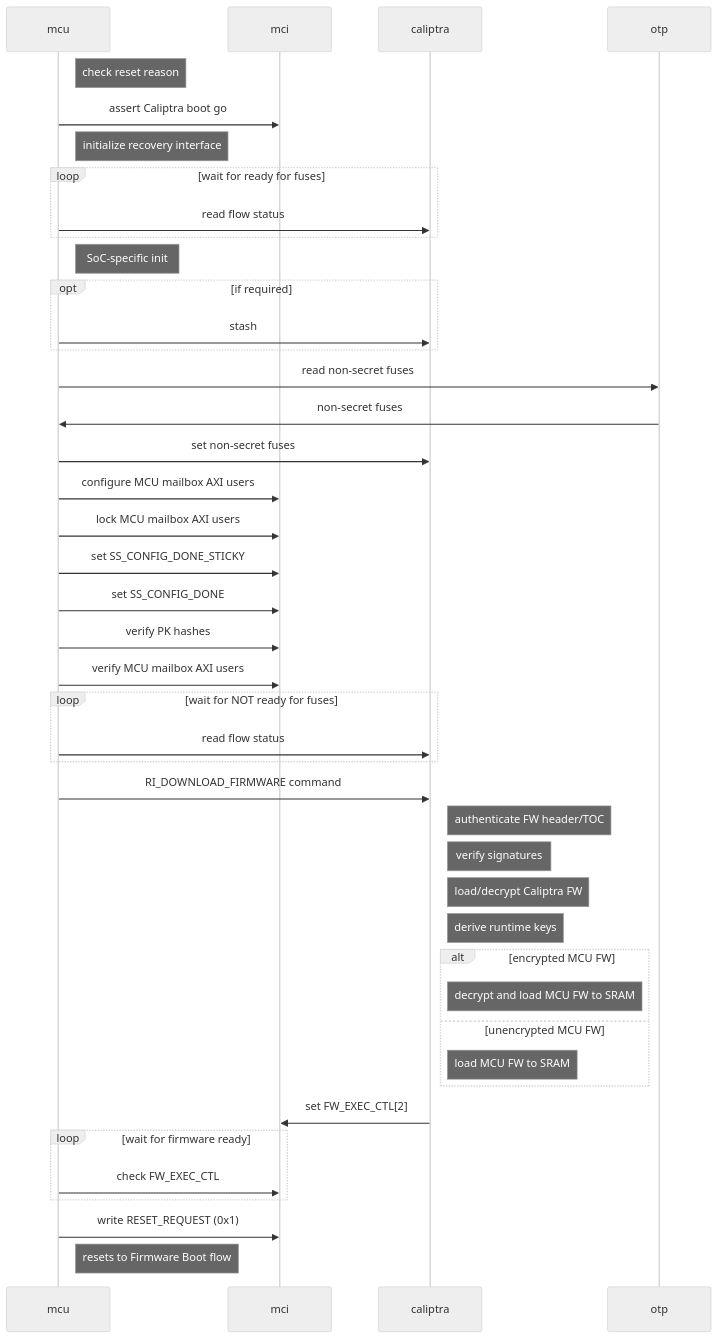
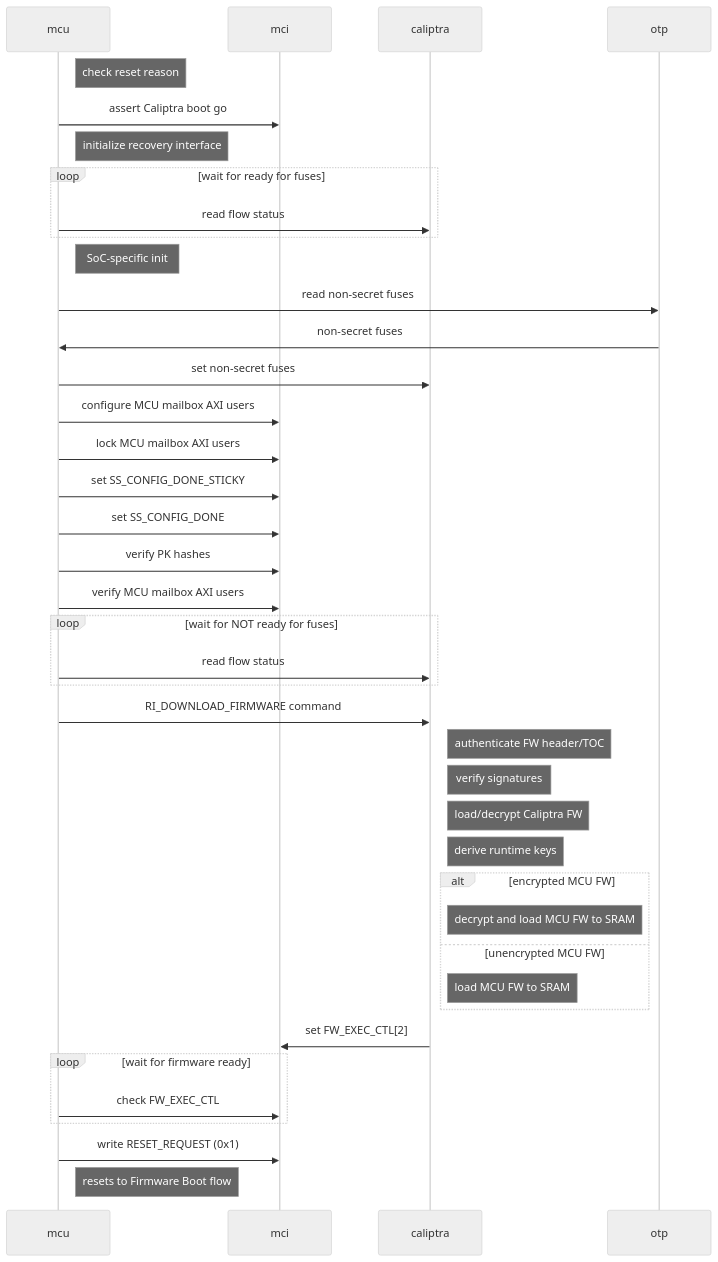
One commit to chipsalliance/caliptra-mcu-sw changed the first of 4 diagrams in docs/src/rom.md. Above: the diagram before and after it, drawn with Mermaid (neutral theme). The commit also changed other lines of this file, not shown here.

````diff
--- a/docs/src/rom.md
+++ b/docs/src/rom.md
@@ -77,41 +75,38 @@
 ```mermaid
 sequenceDiagram
     note right of mcu: check reset reason
     mcu->>mci: assert Caliptra boot go
     note right of mcu: initialize recovery interface
     loop wait for ready for fuses
     mcu->>caliptra: read flow status
     end
     note right of mcu: SoC-specific init
-    opt if required
-        mcu->>caliptra: stash
-    end
     mcu->>otp: read non-secret fuses
     otp->>mcu: non-secret fuses
     mcu->>caliptra: set non-secret fuses
     mcu->>mci: configure MCU mailbox AXI users
     mcu->>mci: lock MCU mailbox AXI users
     mcu->>mci: set SS_CONFIG_DONE_STICKY
     mcu->>mci: set SS_CONFIG_DONE
     mcu->>mci: verify PK hashes
     mcu->>mci: verify MCU mailbox AXI users
     loop wait for NOT ready for fuses
     mcu->>caliptra: read flow status
     end
     mcu->>caliptra: RI_DOWNLOAD_FIRMWARE command
     note right of caliptra: authenticate FW header/TOC
     note right of caliptra: verify signatures
     note right of caliptra: load/decrypt Caliptra FW
     note right of caliptra: derive runtime keys
     alt encrypted MCU FW
         note right of caliptra: decrypt and load MCU FW to SRAM
     else unencrypted MCU FW
         note right of caliptra: load MCU FW to SRAM
     end
     caliptra->>mci: set FW_EXEC_CTL[2]
     loop wait for firmware ready
     mcu->>mci: check FW_EXEC_CTL
     end
     mcu->>mci: write RESET_REQUEST (0x1)
     note right of mcu: resets to Firmware Boot flow
 ```
````
